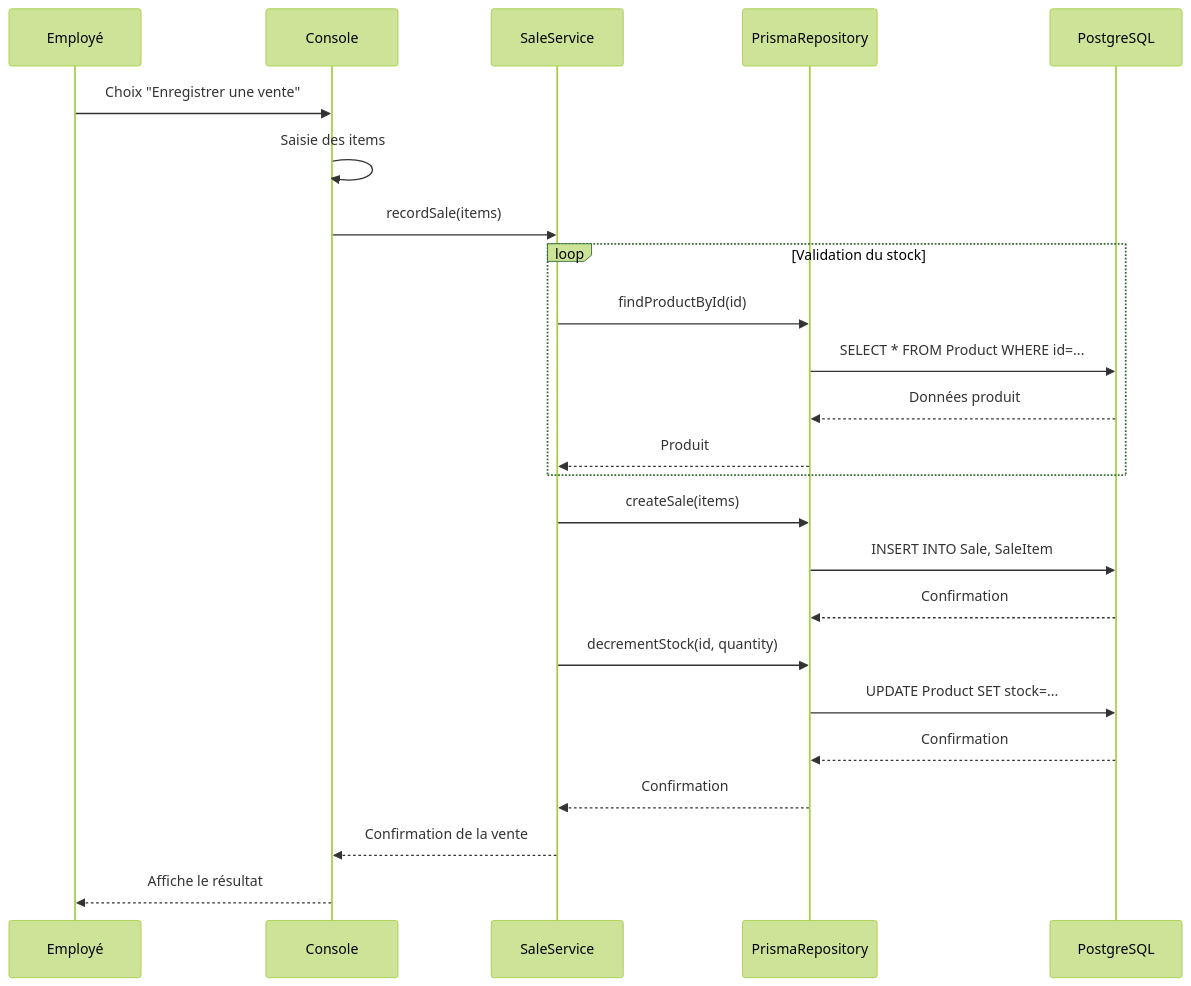
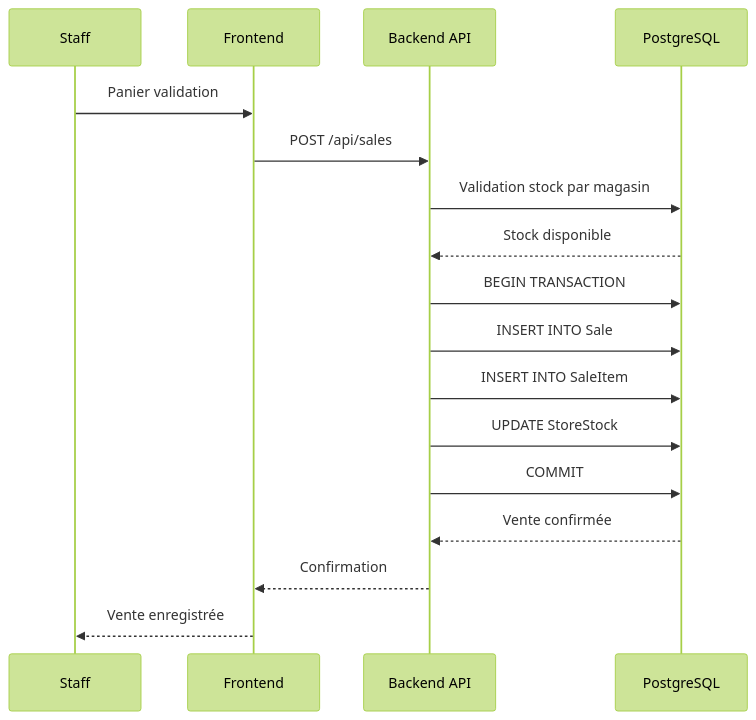
Before and after one commit to MarcoBisson/LOG430-Lab0: the fourth of 6 diagrams in docs/UML/sequence-diagram.md, drawn with Mermaid (forest theme). The commit also changed other lines of this file and 6 other files, not shown here.

Commit message:
Config Grafana + Diagrammes étape 2

````diff
--- a/docs/UML/sequence-diagram.md
+++ b/docs/UML/sequence-diagram.md
@@ -50,27 +69,20 @@
 ```mermaid
 sequenceDiagram
-    participant U as Employé
-    participant C as Console
-    participant S as SaleService
-    participant R as PrismaRepository
+    participant U as Staff
+    participant F as Frontend
+    participant API as Backend API
     participant DB as PostgreSQL
 
-    U->>C: Choix "Enregistrer une vente"
-    C->>C: Saisie des items
-    C->>S: recordSale(items)
-    loop Validation du stock
-        S->>R: findProductById(id)
-        R->>DB: SELECT * FROM Product WHERE id=...
-        DB-->>R: Données produit
-        R-->>S: Produit
-    end
-    S->>R: createSale(items)
-    R->>DB: INSERT INTO Sale, SaleItem
-    DB-->>R: Confirmation
-    S->>R: decrementStock(id, quantity)
-    R->>DB: UPDATE Product SET stock=...
-    DB-->>R: Confirmation
-    R-->>S: Confirmation
-    S-->>C: Confirmation de la vente
-    C-->>U: Affiche le résultat
+    U->>F: Panier validation
+    F->>API: POST /api/sales
+    API->>DB: Validation stock par magasin
+    DB-->>API: Stock disponible
+    API->>DB: BEGIN TRANSACTION
+    API->>DB: INSERT INTO Sale
+    API->>DB: INSERT INTO SaleItem
+    API->>DB: UPDATE StoreStock
+    API->>DB: COMMIT
+    DB-->>API: Vente confirmée
+    API-->>F: Confirmation
+    F-->>U: Vente enregistrée
 ```
````
